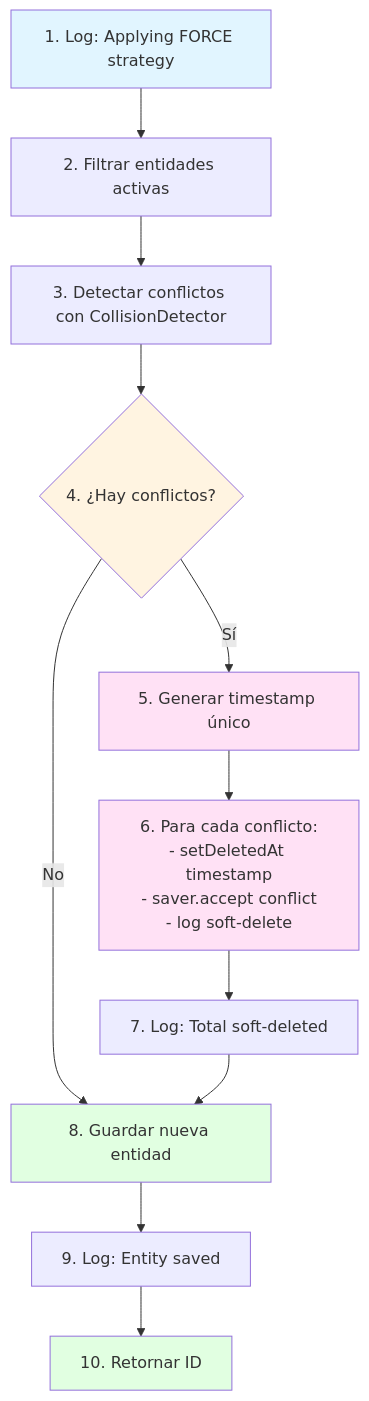
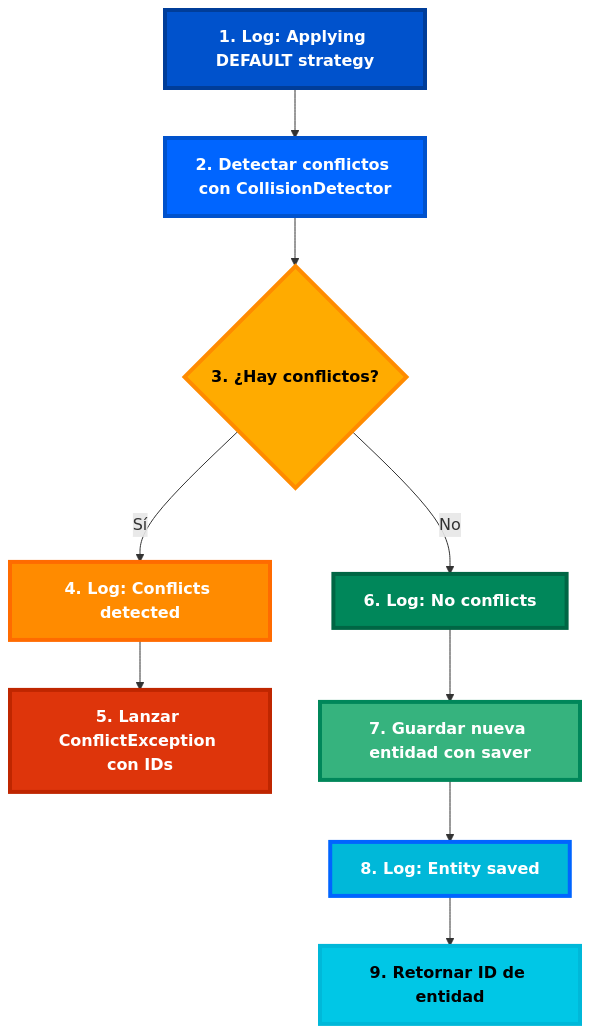
One commit to raulburgosbds/documentos_bds changed the third of 6 diagrams in guides/guia-implementacion-estrategia-force-default/guia-implementacion-estrategia-force-default.md. Above: the diagram before and after it, drawn with Mermaid. The commit also changed other lines of this file, not shown here.

````diff
--- a/guides/guia-implementacion-estrategia-force-default/guia-implementacion-estrategia-force-default.md
+++ b/guides/guia-implementacion-estrategia-force-default/guia-implementacion-estrategia-force-default.md
@@ -992,20 +872,21 @@
 ```mermaid
 flowchart TD
-    A[1. Log: Applying FORCE strategy] --> B[2. Filtrar entidades activas]
-    B --> C[3. Detectar conflictos con CollisionDetector]
-    C --> D{4. ¿Hay conflictos?}
-    D -->|No| H[8. Guardar nueva entidad]
-    D -->|Sí| E[5. Generar timestamp único]
-    E --> F[6. Para cada conflicto:<br/>- setDeletedAt timestamp<br/>- saver.accept conflict<br/>- log soft-delete]
-    F --> G[7. Log: Total soft-deleted]
-    G --> H
-    H --> I[9. Log: Entity saved]
-    I --> J[10. Retornar ID]
+    A[1. Log: Applying DEFAULT strategy] --> B[2. Detectar conflictos con CollisionDetector]
+    B --> C{3. ¿Hay conflictos?}
+    C -->|Sí| D[4. Log: Conflicts detected]
+    D --> E[5. Lanzar ConflictException con IDs]
+    C -->|No| F[6. Log: No conflicts]
+    F --> G[7. Guardar nueva entidad con saver]
+    G --> H[8. Log: Entity saved]
+    H --> I[9. Retornar ID de entidad]
     
-    style A fill:#e1f5ff
-    style D fill:#fff4e1
-    style E fill:#ffe1f5
-    style F fill:#ffe1f5
-    style H fill:#e1ffe1
-    style J fill:#e1ffe1
+    style A fill:#0052CC,stroke:#003D99,stroke-width:4px,color:#FFFFFF,font-weight:bold
+    style B fill:#0065FF,stroke:#0052CC,stroke-width:4px,color:#FFFFFF,font-weight:bold
+    style C fill:#FFAB00,stroke:#FF8B00,stroke-width:4px,color:#000000,font-weight:bold
+    style D fill:#FF8B00,stroke:#FF6B00,stroke-width:4px,color:#FFFFFF,font-weight:bold
+    style E fill:#DE350B,stroke:#BF2600,stroke-width:4px,color:#FFFFFF,font-weight:bold
+    style F fill:#00875A,stroke:#006644,stroke-width:4px,color:#FFFFFF,font-weight:bold
+    style G fill:#36B37E,stroke:#00875A,stroke-width:4px,color:#FFFFFF,font-weight:bold
+    style H fill:#00B8D9,stroke:#0065FF,stroke-width:4px,color:#FFFFFF,font-weight:bold
+    style I fill:#00C7E6,stroke:#00B8D9,stroke-width:4px,color:#000000,font-weight:bold
 ```
````
